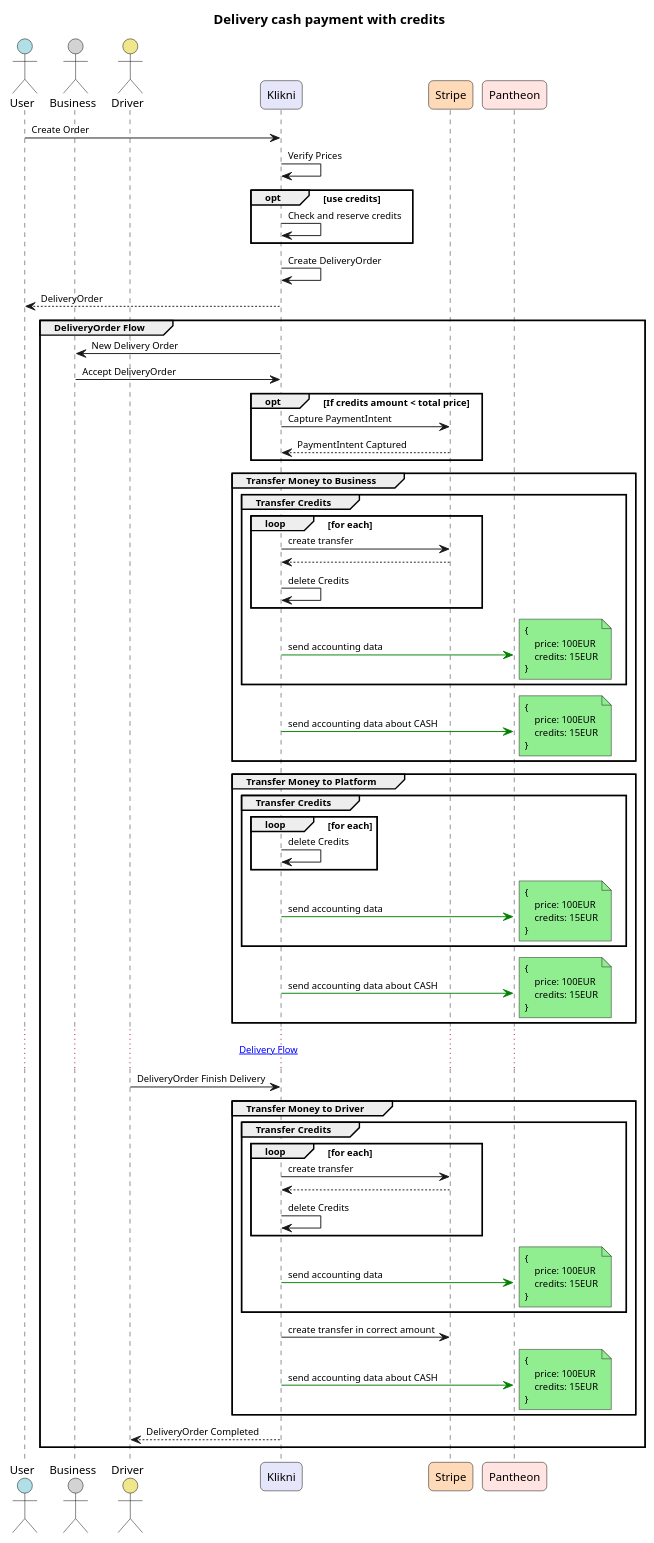
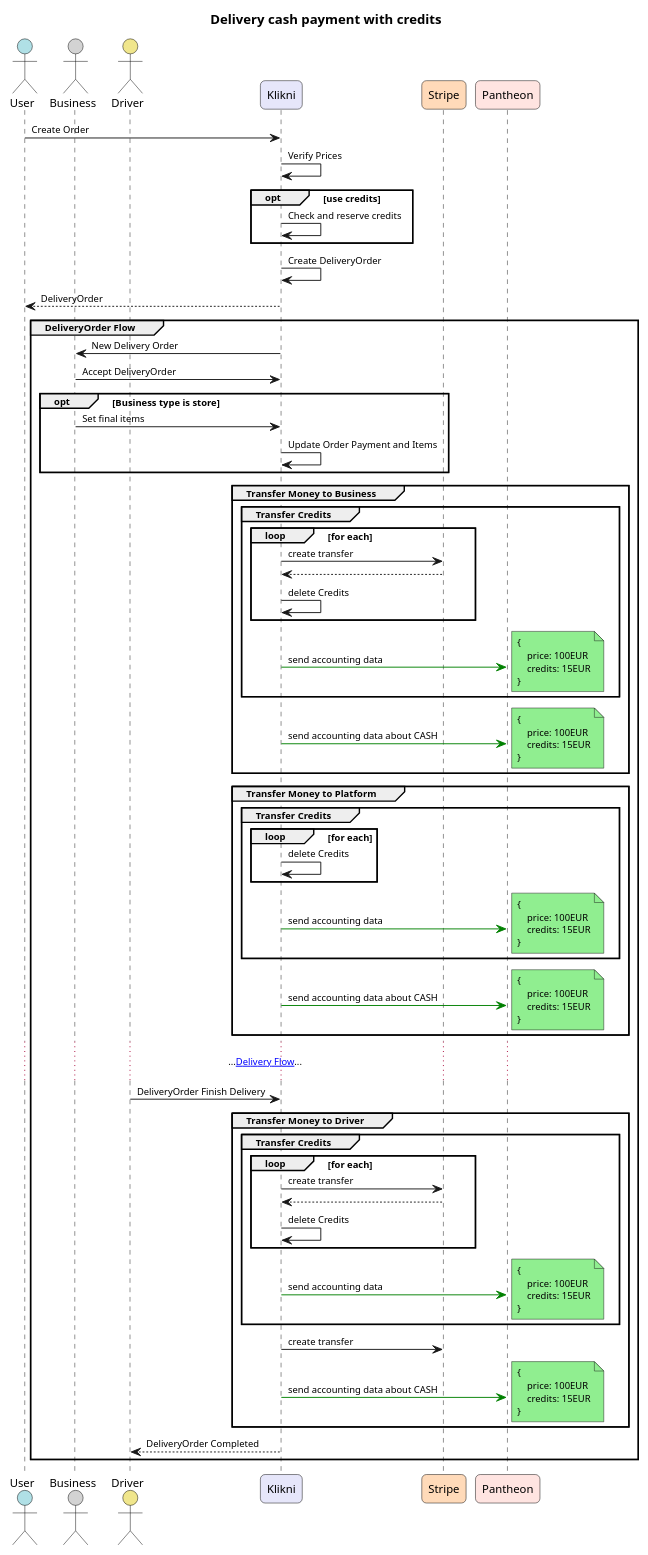
The diagram in docs/docs/diagrams/Pantheon/Delivery/DeliveryGotovina.puml (pbozic/be-analyisis), drawn with PlantUML before and after one commit. The commit also changed 24 other files, not shown here.

```diff
--- a/docs/docs/diagrams/Pantheon/Delivery/DeliveryGotovina.puml
+++ b/docs/docs/diagrams/Pantheon/Delivery/DeliveryGotovina.puml
@@ -1,135 +1,135 @@
-@startuml 
+@startuml DeliveryGotovina
 title Delivery cash payment with credits
 ' === Page / Resolution ===
 ' skinparam dpi 300
 ' skinparam pageWidth 2100
 ' skinparam pageHeight 1485
 
 ' === Compact Sequence Styling ===
 skinparam defaultFontSize 10
 skinparam sequence {
     MessageSpacing 15
     ParticipantSpacing 50
 }
 
 ' === Actor / Participant Styling ===
 skinparam actor {
     FontName Arial
     FontSize 12
     BorderColor Black
     BackgroundColor #ADD8E6
     RoundCorner 10
     MinWidth 120
     MinHeight 120
 }
 
 skinparam participant {
     FontName Arial
     FontSize 12
     BorderColor Black
     RoundCorner 10
     MinWidth 140
     MinHeight 100
 }
 
 ' === Participant Colors ===
 ' Use stereotypes for coloring specific entities
 actor User as user #B0E0E6
 actor Business as business #D3D3D3
 actor Driver as driver #F0E68C
 participant Klikni as klikni #E6E6FA
 participant Stripe as stripe #FFDAB9
 participant Pantheon as pantheon #FFE4E1
 
 ' === Sequence Example ===
 user -> klikni: Create Order
 klikni -> klikni: Verify Prices
 opt use credits
     klikni -> klikni: Check and reserve credits
 end
 klikni -> klikni: Create DeliveryOrder
 klikni --> user: DeliveryOrder
 
 group DeliveryOrder Flow
     klikni -> business: New Delivery Order
     business -> klikni: Accept DeliveryOrder
-    opt If credits amount < total price
-        klikni -> stripe: Capture PaymentIntent
-        stripe --> klikni: PaymentIntent Captured         
+    opt Business type is store
+        business -> klikni: Set final items
+        klikni -> klikni: Update Order Payment and Items
     end
     group Transfer Money to Business
         group Transfer Credits
             loop for each
                 klikni->stripe: create transfer
                 klikni<--stripe
                 klikni->klikni: delete Credits
             end
             klikni -[#green]> pantheon: send accounting data
             note right #LightGreen
             {
                 price: 100EUR
                 credits: 15EUR
             }
             end note
         end
         klikni -[#green]> pantheon: send accounting data about CASH
         note right #LightGreen
         {
             price: 100EUR
             credits: 15EUR
         }
         end note
     end
     group Transfer Money to Platform
         group Transfer Credits
             loop for each
                 klikni->klikni: delete Credits
             end
             klikni -[#green]> pantheon: send accounting data
             note right #LightGreen
             {
                 price: 100EUR
                 credits: 15EUR
             }
             end note
         end
         klikni -[#green]> pantheon: send accounting data about CASH
         note right #LightGreen
         {
             price: 100EUR
             credits: 15EUR
         }
         end note
     end
 
-    ... [[http://plantuml.com Delivery Flow]]  ...
+    ... ...[[http://plantuml.com Delivery Flow]]...  ...
     driver -> klikni: DeliveryOrder Finish Delivery
     group Transfer Money to Driver
         group Transfer Credits
             loop for each
                 klikni->stripe: create transfer
                 klikni<--stripe
                 klikni->klikni: delete Credits
             end
             klikni -[#green]> pantheon: send accounting data
             note right #LightGreen
             {
                 price: 100EUR
                 credits: 15EUR
             }
             end note
         end
-        klikni->stripe: create transfer in correct amount
+        klikni->stripe: create transfer
 
         klikni -[#green]> pantheon: send accounting data about CASH
         note right #LightGreen
         {
             price: 100EUR
             credits: 15EUR
         }
         end note
     end
     klikni --> driver: DeliveryOrder Completed
 end
 
 @enduml
```
